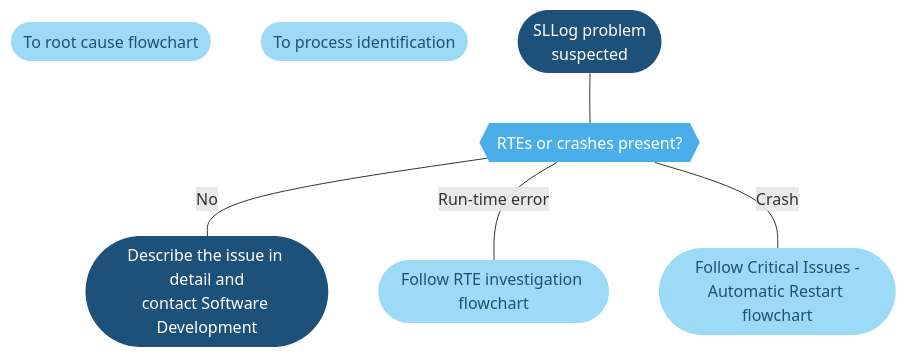
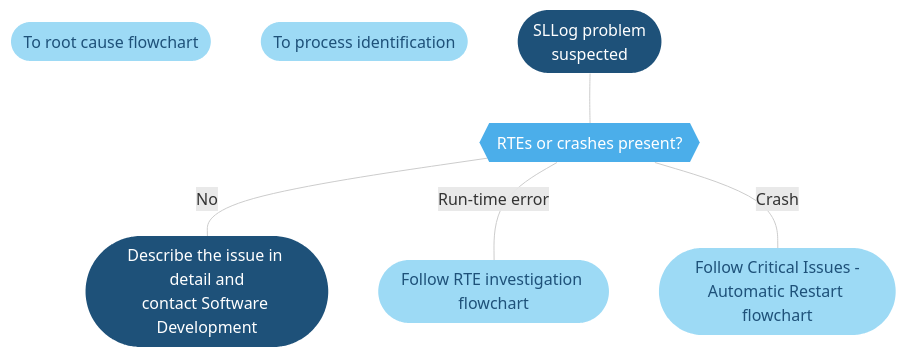
Before and after one commit to SkylineCommunications/dataminer-docs: the diagram in user-guide/Troubleshooting/Troubleshooting_Flowcharts/Troubleshooting_Process_Identification/Logging_processes/Troubleshooting_SLLog_exe.md, drawn with Mermaid.

Commit message:
Check 1: arrowheads and linkstyle

```diff
--- a/user-guide/Troubleshooting/Troubleshooting_Flowcharts/Troubleshooting_Process_Identification/Logging_processes/Troubleshooting_SLLog_exe.md
+++ b/user-guide/Troubleshooting/Troubleshooting_Flowcharts/Troubleshooting_Process_Identification/Logging_processes/Troubleshooting_SLLog_exe.md
@@ -19,32 +19,33 @@
 <div class="mermaid">
 flowchart TD
 %% Define blocks %%
 LinkRootCause([To root cause flowchart])
 LinkProcessList([To process identification])
 Start([SLLog problem <br/>suspected])
 CheckIssueType{{RTEs or crashes present?}}
 Rte([Follow RTE investigation flowchart])
 Crash([Follow Critical Issues -<br/>Automatic Restart flowchart])
 EndReportIssue([Describe the issue in detail and<br/>contact Software Development])
 %% Connect blocks %%
 Start --- CheckIssueType
 CheckIssueType --- |No| EndReportIssue
 CheckIssueType --- |Run-time error| Rte
 CheckIssueType --- |Crash| Crash
 %% Define hyperlinks %%
 click LinkRootCause "https://docs.dataminer.services/user-guide/Troubleshooting/Troubleshooting_Flowcharts/Finding_a_Root_Cause.html" "Go to Root Cause Flowchart"
 click LinkProcessList "https://docs.dataminer.services/user-guide/Troubleshooting/Troubleshooting_Flowcharts/Troubleshooting_Process_Identification/Troubleshooting_Process_Identification.html" "Go to process identification page"
 click Rte "https://docs.dataminer.services/user-guide/Troubleshooting/Troubleshooting_Flowcharts/Troubleshooting_Identify_Per_Module/Alarm_Console/Troubleshooting_Run_Time_Errors.html" "RTE investigation diagram"
 click Crash "https://docs.dataminer.services/user-guide/Troubleshooting/Troubleshooting_Flowcharts/Troubleshooting_Critical_Issues/Troubleshooting_Critical_Issues_Automatic_Restart.html" "Crash investigation diagram"
 %% Define styles %%
+linkStyle default stroke:#cccccc
 classDef classTerminal fill:#1e5179,stroke:#1e5179,color:#ffffff,stroke-width:0px;
 classDef classDecision fill:#4baeea,stroke:#4baeea,color:#ffffff,stroke-width:0px;
 classDef classExternalRef fill:#9ddaf5,stroke:#9ddaf5,color:#1E5179,stroke-width:0px;
 classDef classActionClickable fill:#999999,stroke:#999999,color:#ffffff,stroke-width:0px;
 classDef classAction fill:#dddddd,stroke:#dddddd,color:#1E5179,stroke-width:0px;
 classDef classSolution fill:#58595b,stroke:#58595b,color:#ffffff,stroke-width:0px;
 %% Apply styles to blocks %%
 class Start,EndReportIssue classTerminal;
 class CheckIssueType classDecision;
 class LinkRootCause,LinkProcessList,Rte,Crash classExternalRef;
 </div>
```
